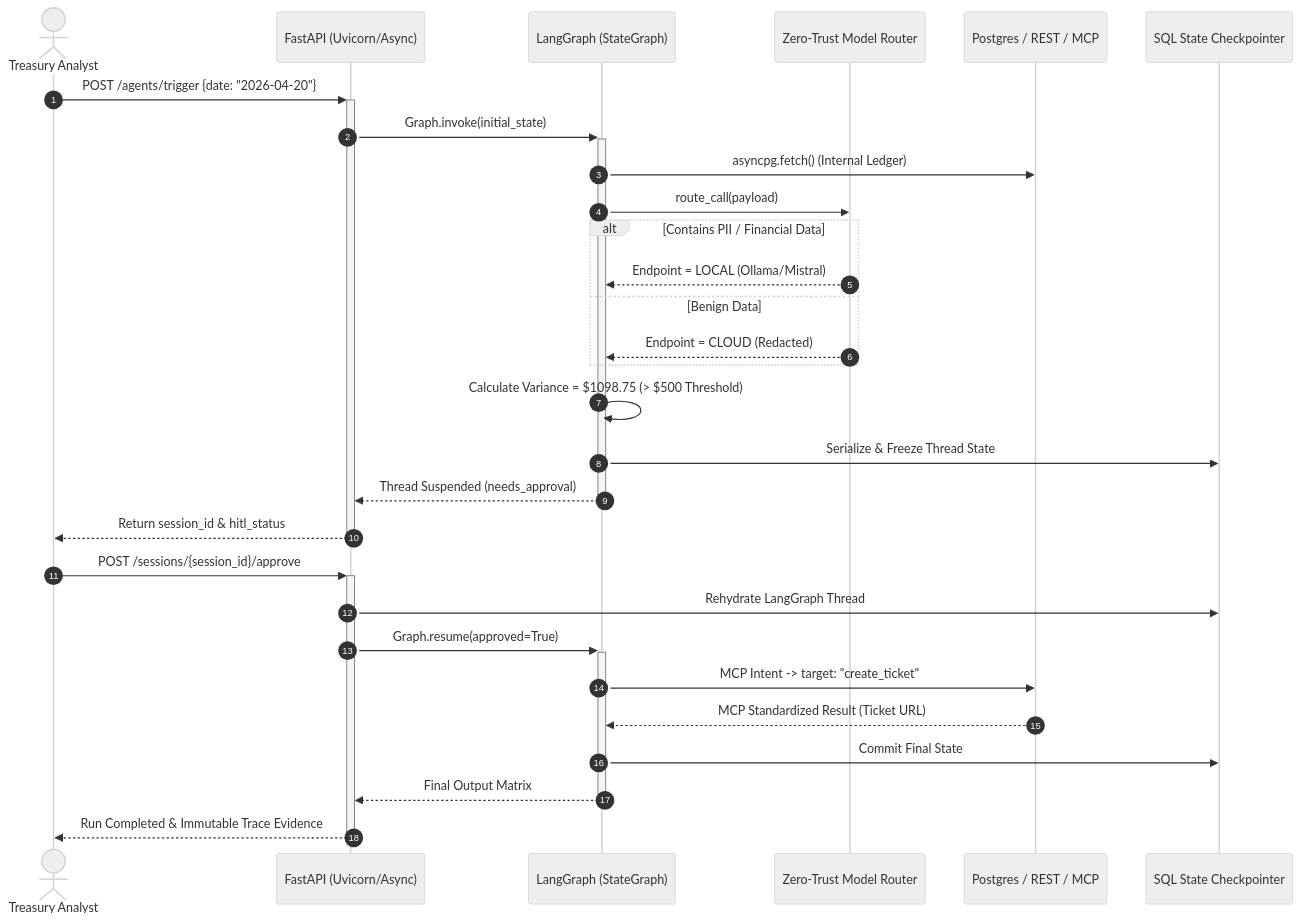
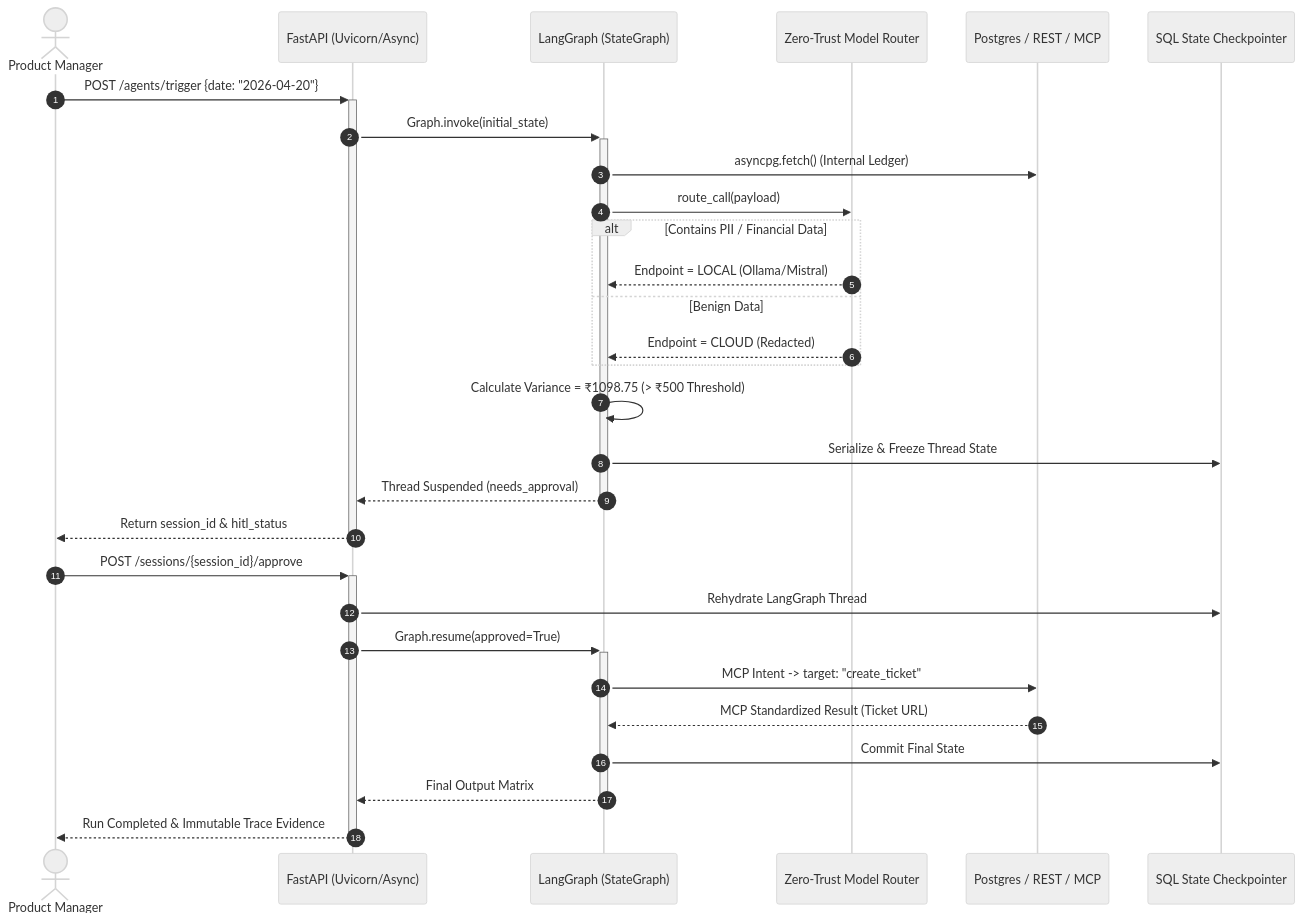
The diagram in docs/architecture_demo_pitch.md (Aki0x137/ai-agent-platform-mvp), drawn with Mermaid (neutral theme) before and after one commit. The commit also changed other lines of this file and 14 other files, not shown here.

````diff
--- a/docs/architecture_demo_pitch.md
+++ b/docs/architecture_demo_pitch.md
@@ -28,38 +28,38 @@
 ```mermaid
 sequenceDiagram
     autonumber
-    actor User as Treasury Analyst
+    actor User as Product Manager
     participant API as FastAPI (Uvicorn/Async)
     participant Graph as LangGraph (StateGraph)
     participant Router as Zero-Trust Model Router
     participant DB as Postgres / REST / MCP
     participant Mem as SQL State Checkpointer
 
     %% Execution & Routing
     User->>+API: POST /agents/trigger {date: "2026-04-20"}
     API->>+Graph: Graph.invoke(initial_state)
     Graph->>DB: asyncpg.fetch() (Internal Ledger)
     Graph->>Router: route_call(payload)
     
     alt Contains PII / Financial Data
         Router-->>Graph: Endpoint = LOCAL (Ollama/Mistral)
     else Benign Data
         Router-->>Graph: Endpoint = CLOUD (Redacted)
     end
     
     %% Gate & Suspension
-    Graph->>Graph: Calculate Variance = $1098.75 (> $500 Threshold)
+    Graph->>Graph: Calculate Variance = ₹1098.75 (> ₹500 Threshold)
     Graph->>Mem: Serialize & Freeze Thread State
     Graph-->>-API: Thread Suspended (needs_approval)
     API-->>-User: Return session_id & hitl_status
 
     %% Resumption & Standardized Output
     User->>+API: POST /sessions/{session_id}/approve
     API->>Mem: Rehydrate LangGraph Thread
     API->>+Graph: Graph.resume(approved=True)
     Graph->>DB: MCP Intent -> target: "create_ticket"
     DB-->>Graph: MCP Standardized Result (Ticket URL)
     Graph->>Mem: Commit Final State
     Graph-->>-API: Final Output Matrix
     API-->>-User: Run Completed & Immutable Trace Evidence
 ```
````
